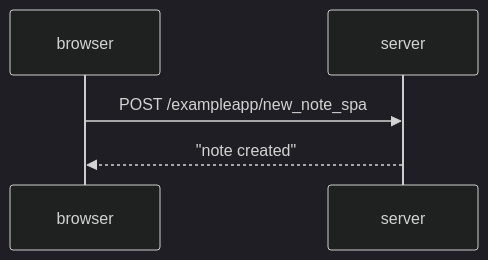
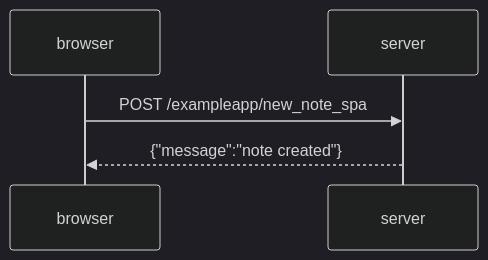
The diagram in part0/0.6.md (nicolas-temporao/full-stack-open), drawn with Mermaid (dark theme) before and after one commit.

````diff
--- a/part0/0.6.md
+++ b/part0/0.6.md
@@ -1,8 +1,8 @@
 ```mermaid
     sequenceDiagram
     participant browser
     participant server
 
     browser->>server: POST /exampleapp/new_note_spa
-    server-->>browser: "note created"
+    server-->>browser: {"message":"note created"}
 ```
````
